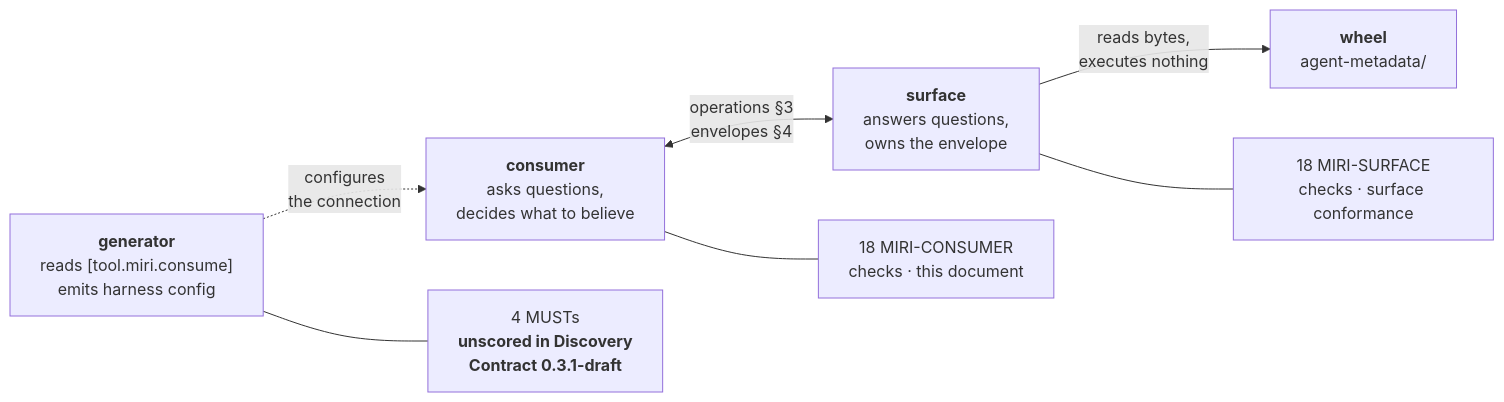
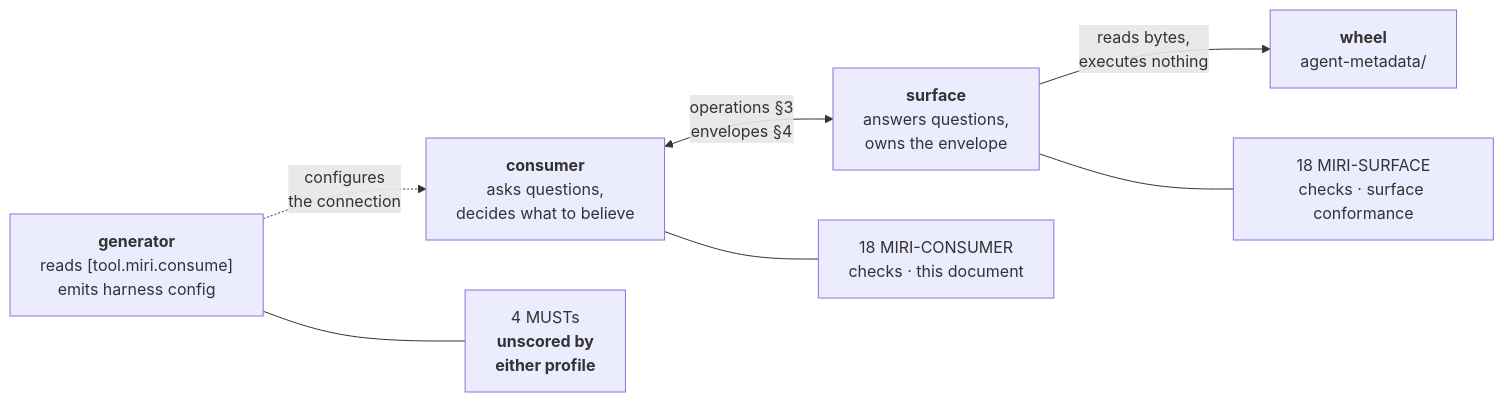
The second of 2 diagrams in standards/consumption/consumer-conformance.md (miri-whl/miri-standard), drawn with Mermaid before and after one commit. The commit also changed other lines of this file and 103 other files, not shown here.

````diff
--- a/standards/consumption/consumer-conformance.md
+++ b/standards/consumption/consumer-conformance.md
@@ -152,15 +152,15 @@
 ```mermaid
 flowchart LR
     G["<b>generator</b><br/>reads [tool.miri.consume]<br/>emits harness config"]
     C["<b>consumer</b><br/>asks questions,<br/>decides what to believe"]
     S["<b>surface</b><br/>answers questions,<br/>owns the envelope"]
     W["<b>wheel</b><br/>agent-metadata/"]
 
     C <-->|"operations §3<br/>envelopes §4"| S
     S -->|"reads bytes,<br/>executes nothing"| W
     G -.->|"configures<br/>the connection"| C
 
-    G --- GN["4 MUSTs<br/><b>unscored in Discovery<br/>Contract 0.3.1-draft</b>"]
+    G --- GN["4 MUSTs<br/><b>unscored by<br/>either profile</b>"]
     C --- CN["18 MIRI-CONSUMER<br/>checks · this document"]
     S --- SN["18 MIRI-SURFACE<br/>checks · surface conformance"]
 ```
````
